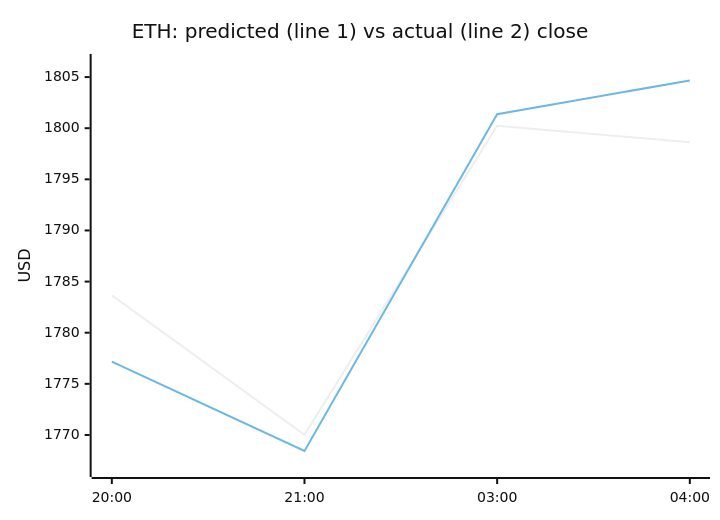
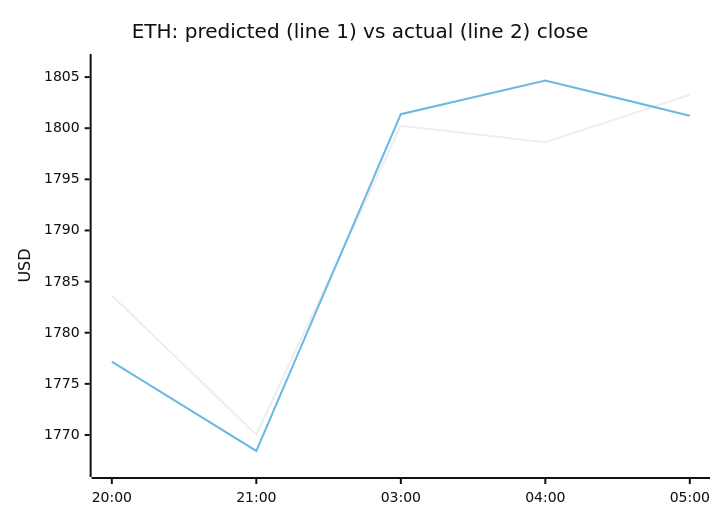
The second of 4 diagrams in README.md (samuelkreitl-wq/crypto-hourly-forecaster), drawn with Mermaid (neutral theme) before and after one commit. The commit also changed other lines of this file and 15 other files, not shown here.

````diff
--- a/README.md
+++ b/README.md
@@ -47,8 +47,8 @@
 ```mermaid
 xychart-beta
     title "ETH: predicted (line 1) vs actual (line 2) close"
-    x-axis ["20:00", "21:00", "03:00", "04:00"]
+    x-axis ["20:00", "21:00", "03:00", "04:00", "05:00"]
     y-axis "USD" 1766.6716 --> 1806.4747
-    line [1783.6536, 1770.0216, 1800.2369, 1798.6210]
-    line [1777.1700, 1768.4400, 1801.3700, 1804.6700]
+    line [1783.6536, 1770.0216, 1800.2369, 1798.6210, 1803.2721]
+    line [1777.1700, 1768.4400, 1801.3700, 1804.6700, 1801.2200]
 ```
````
